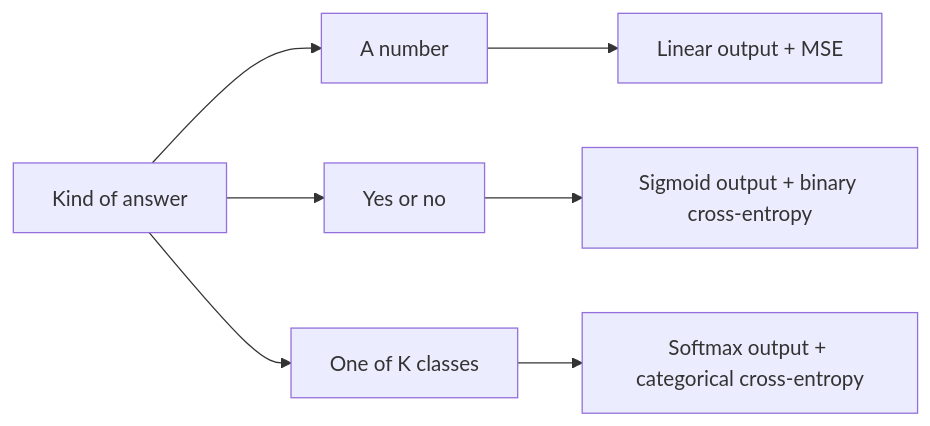
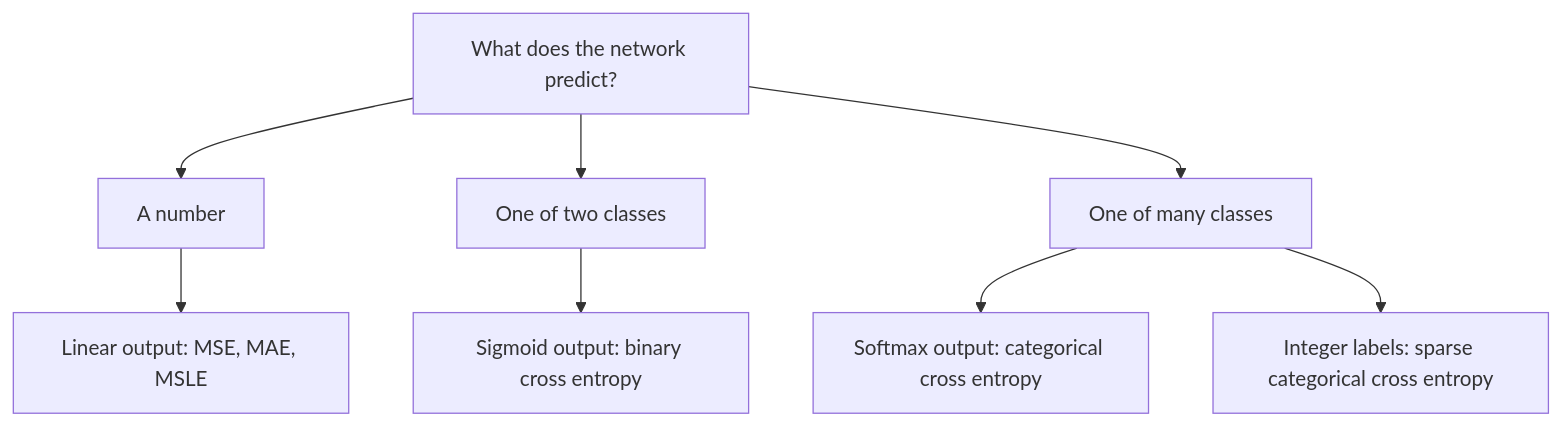
One commit to TrendySloth1001/sem-seven-notes changed the third of 4 diagrams in content/deep-learning/notes/loss-functions.mdx. Above: the diagram before and after it, drawn with Mermaid. The commit also changed other lines of this file and 168 other files, not shown here.

````diff
--- a/content/deep-learning/notes/loss-functions.mdx
+++ b/content/deep-learning/notes/loss-functions.mdx
@@ -348,10 +441,11 @@
 ```mermaid
-%% caption: Choosing the output and the loss as one pair. Each output layer has a matching loss.
-flowchart LR
-  A["Kind of answer"] --> B["A number"]
-  A --> C["Yes or no"]
-  A --> D["One of K classes"]
-  B --> B1["Linear output + MSE"]
-  C --> C1["Sigmoid output + binary cross-entropy"]
-  D --> D1["Softmax output + categorical cross-entropy"]
+%% caption: How to choose the loss function from the type of problem.
+flowchart TD
+  A["What does the network predict?"] --> B["A number"]
+  A --> C["One of two classes"]
+  A --> D["One of many classes"]
+  B --> B1["Linear output: MSE, MAE, MSLE"]
+  C --> C1["Sigmoid output: binary cross entropy"]
+  D --> D1["Softmax output: categorical cross entropy"]
+  D --> D2["Integer labels: sparse categorical cross entropy"]
 ```
````
